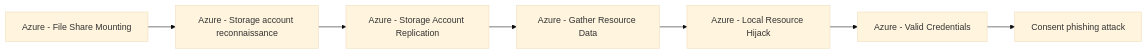
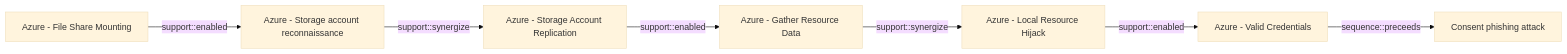
Before and after one commit to opentidehq/library: the diagram in docs/threats/azure-file-share-mounting.md, drawn with Mermaid (base theme). The commit also changed other lines of this file and 277 other files, not shown here.

````diff
--- a/docs/threats/azure-file-share-mounting.md
+++ b/docs/threats/azure-file-share-mounting.md
@@ -81,16 +115,16 @@
 ```mermaid
 flowchart LR
 d24fcc84_0e1e_41e1_8d0e_6ee9f8c6a068["Azure - File Share Mounting"]
 53f4e2f0_7d11_4629_bb26_905993a589db["Azure - Storage account reconnaissance"]
 942ed69c_700a_469a_9591_07b87815a909["Azure - Storage Account Replication"]
 b1593e0b_1b3b_462d_9ab6_21d1c136469d["Azure - Gather Resource Data"]
 85c8e0dd_b012_402d_bb09_5d354c16ebb9["Azure - Local Resource Hijack"]
 2743bf18_3b86_4721_bf3e_153dcda0b149["Azure - Valid Credentials"]
 518ff777_f10d_4201_9e54_2779c31c512e["Consent phishing attack"]
-d24fcc84_0e1e_41e1_8d0e_6ee9f8c6a068 --> 53f4e2f0_7d11_4629_bb26_905993a589db
-53f4e2f0_7d11_4629_bb26_905993a589db --> 942ed69c_700a_469a_9591_07b87815a909
-942ed69c_700a_469a_9591_07b87815a909 --> b1593e0b_1b3b_462d_9ab6_21d1c136469d
-b1593e0b_1b3b_462d_9ab6_21d1c136469d --> 85c8e0dd_b012_402d_bb09_5d354c16ebb9
-85c8e0dd_b012_402d_bb09_5d354c16ebb9 --> 2743bf18_3b86_4721_bf3e_153dcda0b149
-2743bf18_3b86_4721_bf3e_153dcda0b149 --> 518ff777_f10d_4201_9e54_2779c31c512e
+d24fcc84_0e1e_41e1_8d0e_6ee9f8c6a068 -->|support::enabled| 53f4e2f0_7d11_4629_bb26_905993a589db
+53f4e2f0_7d11_4629_bb26_905993a589db -->|support::synergize| 942ed69c_700a_469a_9591_07b87815a909
+942ed69c_700a_469a_9591_07b87815a909 -->|support::enabled| b1593e0b_1b3b_462d_9ab6_21d1c136469d
+b1593e0b_1b3b_462d_9ab6_21d1c136469d -->|support::synergize| 85c8e0dd_b012_402d_bb09_5d354c16ebb9
+85c8e0dd_b012_402d_bb09_5d354c16ebb9 -->|support::enabled| 2743bf18_3b86_4721_bf3e_153dcda0b149
+2743bf18_3b86_4721_bf3e_153dcda0b149 -->|sequence::preceeds| 518ff777_f10d_4201_9e54_2779c31c512e
 ```
````
